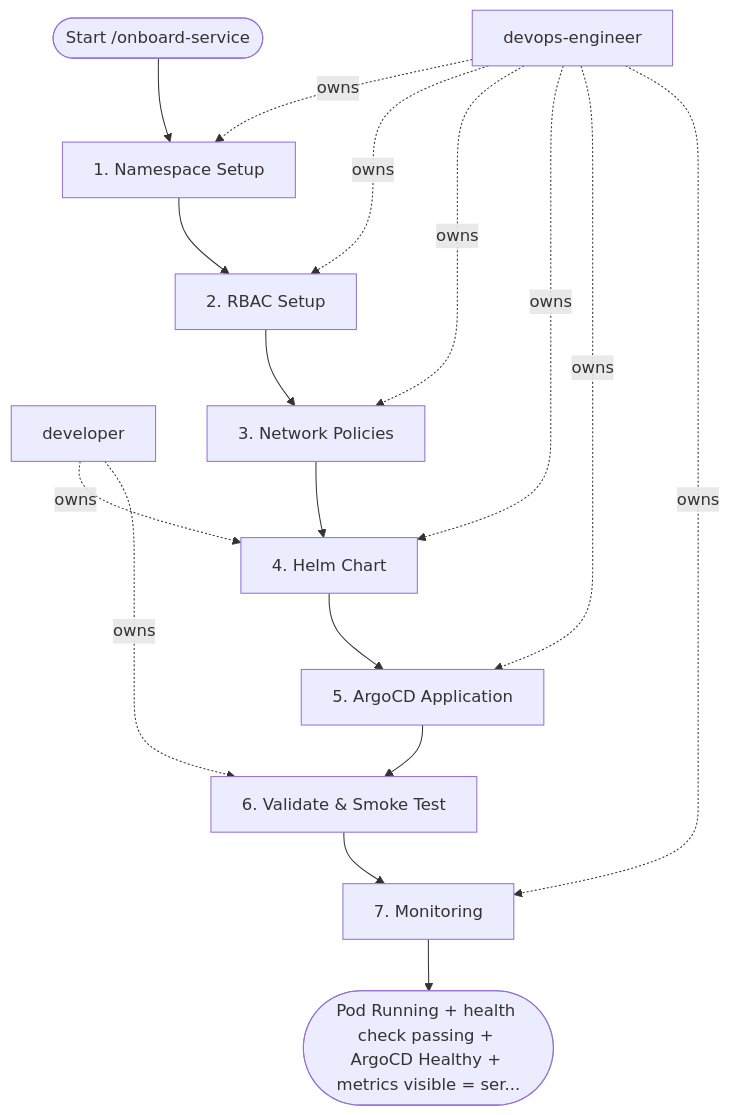
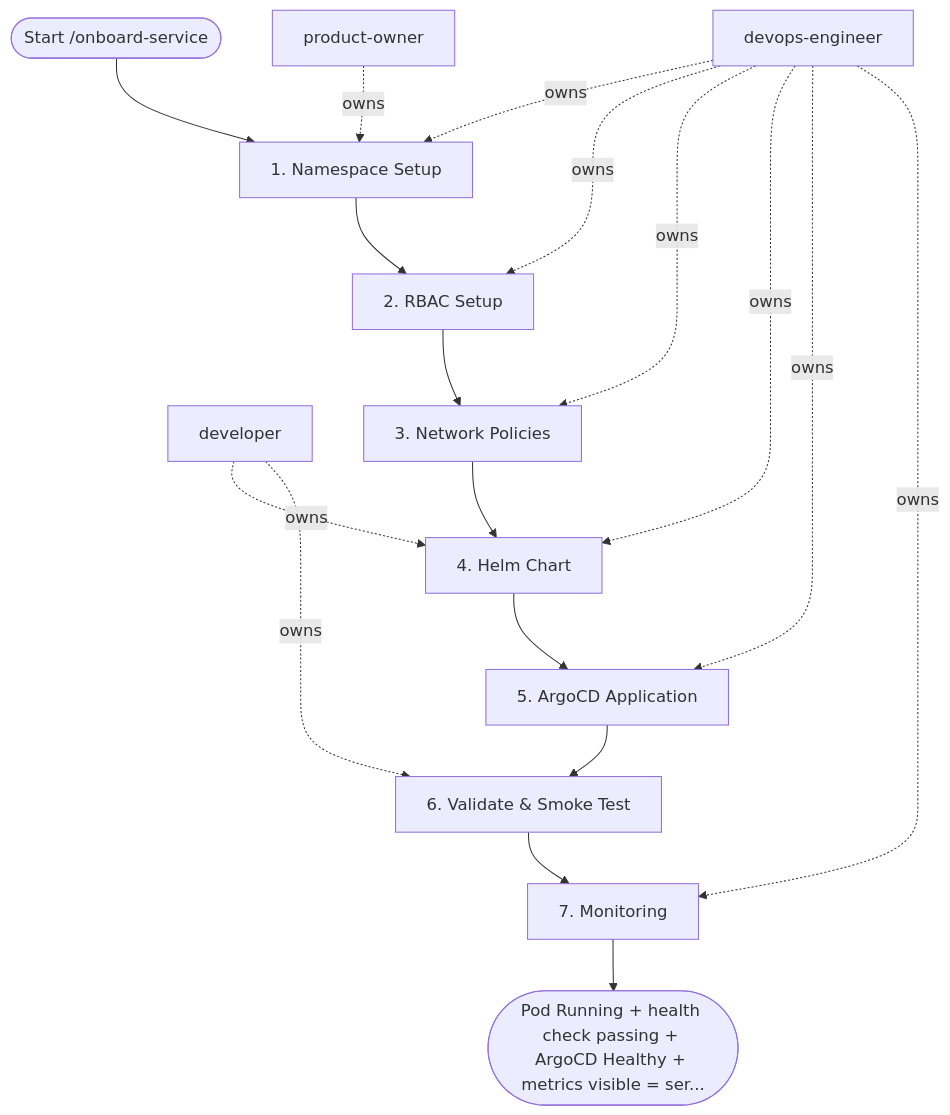
One commit to sawrus/agent-guides changed the diagram in areas/devops/kubernetes/workflows/onboard-service.md. Above: the diagram before and after it, drawn with Mermaid. The commit also changed other lines of this file and 76 other files, not shown here.

Commit message:
Standardize workflow product owner initiation

````diff
--- a/areas/devops/kubernetes/workflows/onboard-service.md
+++ b/areas/devops/kubernetes/workflows/onboard-service.md
@@ -126,30 +126,32 @@
 ```mermaid
 flowchart TD
   start(["Start /onboard-service"])
-  role_1["devops-engineer"]
-  role_2["developer"]
+  role_1["product-owner"]
+  role_2["devops-engineer"]
+  role_3["developer"]
   step_1["1. Namespace Setup"]
   step_2["2. RBAC Setup"]
   step_3["3. Network Policies"]
   step_4["4. Helm Chart"]
   step_5["5. ArgoCD Application"]
   step_6["6. Validate & Smoke Test"]
   step_7["7. Monitoring"]
   exit(["Pod Running + health check passing + ArgoCD Healthy + metrics visible = ser..."])
   start --> step_1
   step_1 --> step_2
   step_2 --> step_3
   step_3 --> step_4
   step_4 --> step_5
   step_5 --> step_6
   step_6 --> step_7
   step_7 --> exit
   role_1 -. owns .-> step_1
-  role_1 -. owns .-> step_2
-  role_1 -. owns .-> step_3
+  role_2 -. owns .-> step_1
+  role_2 -. owns .-> step_2
+  role_2 -. owns .-> step_3
+  role_3 -. owns .-> step_4
   role_2 -. owns .-> step_4
-  role_1 -. owns .-> step_4
-  role_1 -. owns .-> step_5
-  role_2 -. owns .-> step_6
-  role_1 -. owns .-> step_7
+  role_2 -. owns .-> step_5
+  role_3 -. owns .-> step_6
+  role_2 -. owns .-> step_7
 ```
````
